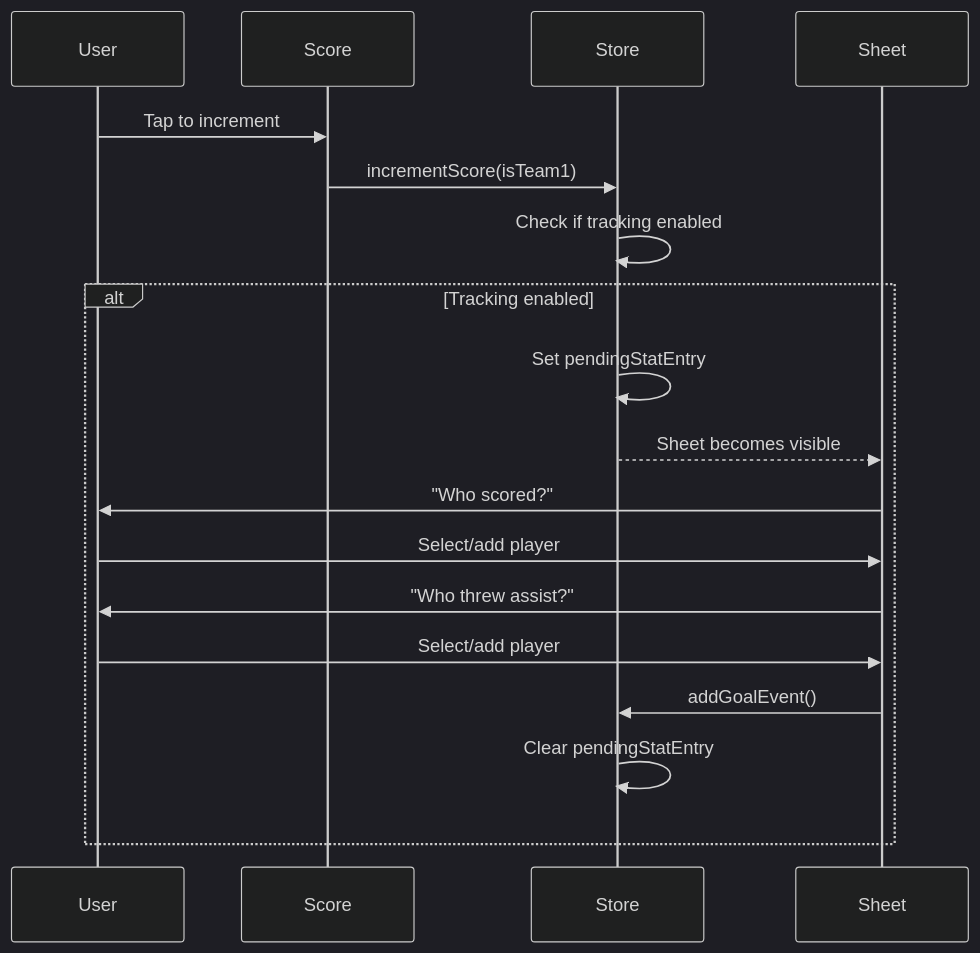
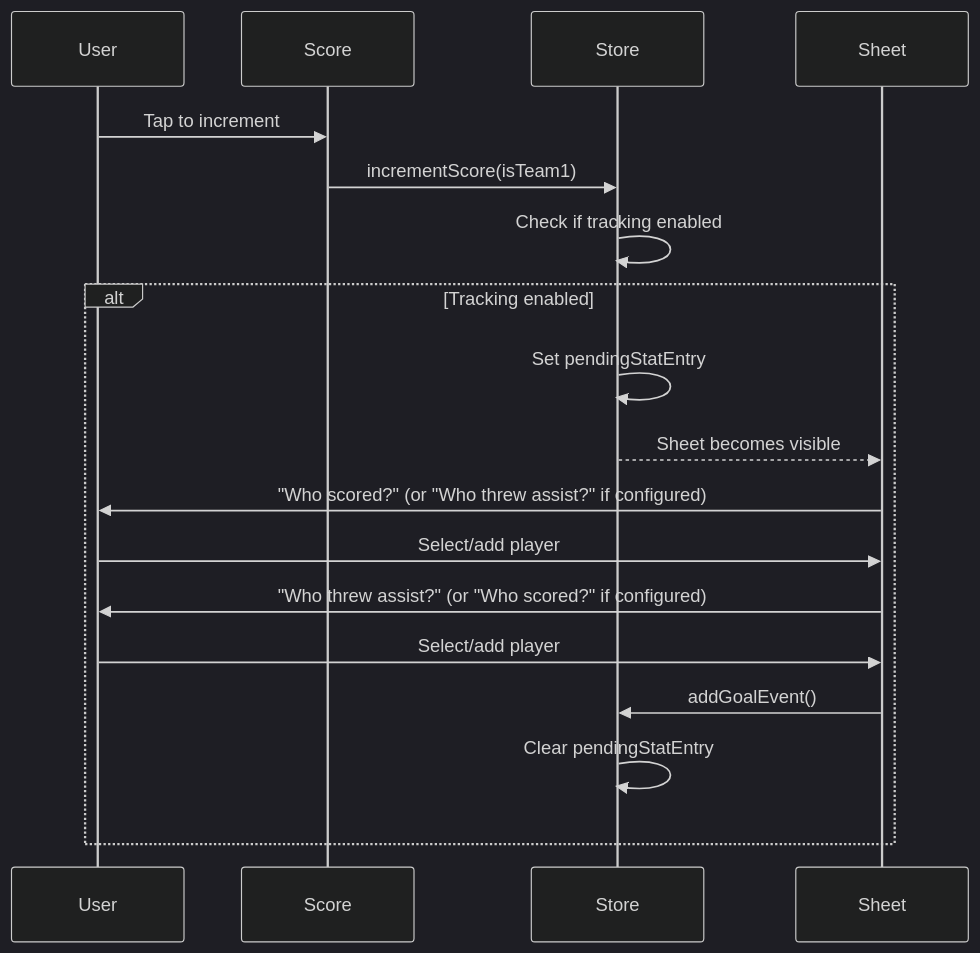
One commit to DanLang1/ultimatestats changed the diagram in docs/stat-tracking.md. Above: the diagram before and after it, drawn with Mermaid (dark theme). The commit also changed other lines of this file and 51 other files, not shown here.

````diff
--- a/docs/stat-tracking.md
+++ b/docs/stat-tracking.md
@@ -51,21 +51,21 @@
 ```mermaid
 sequenceDiagram
     participant User
     participant Score
     participant Store
     participant Sheet
 
     User->>Score: Tap to increment
     Score->>Store: incrementScore(isTeam1)
     Store->>Store: Check if tracking enabled
     alt Tracking enabled
         Store->>Store: Set pendingStatEntry
         Store-->>Sheet: Sheet becomes visible
-        Sheet->>User: "Who scored?"
+        Sheet->>User: "Who scored?" (or "Who threw assist?" if configured)
         User->>Sheet: Select/add player
-        Sheet->>User: "Who threw assist?"
+        Sheet->>User: "Who threw assist?" (or "Who scored?" if configured)
         User->>Sheet: Select/add player
         Sheet->>Store: addGoalEvent()
         Store->>Store: Clear pendingStatEntry
     end
 ```
````
